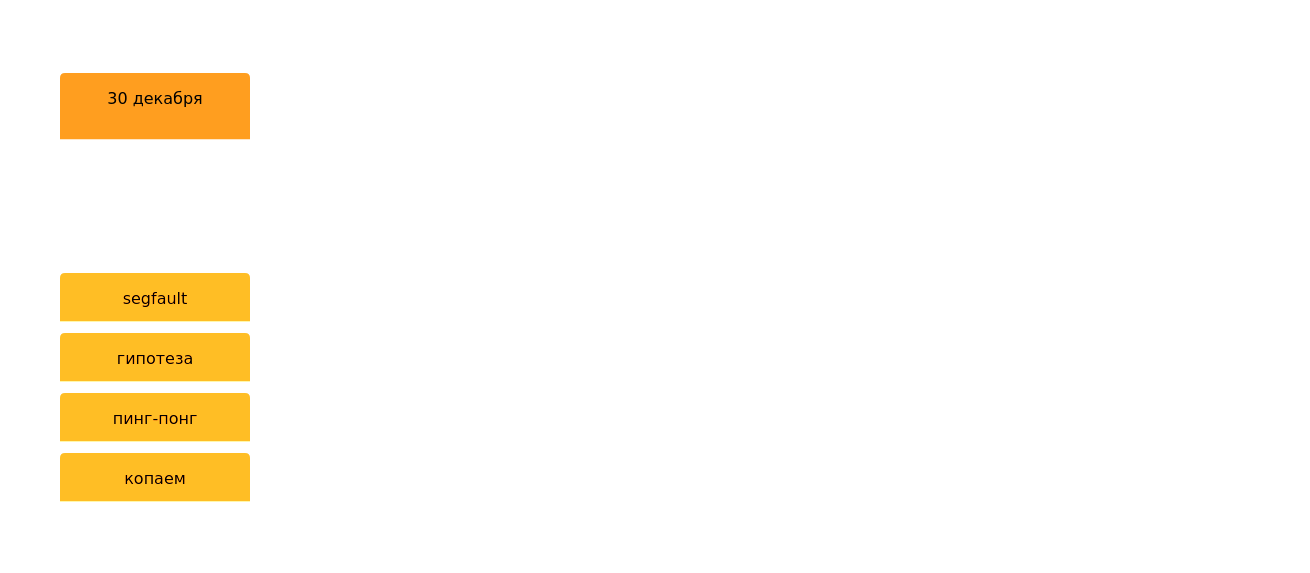
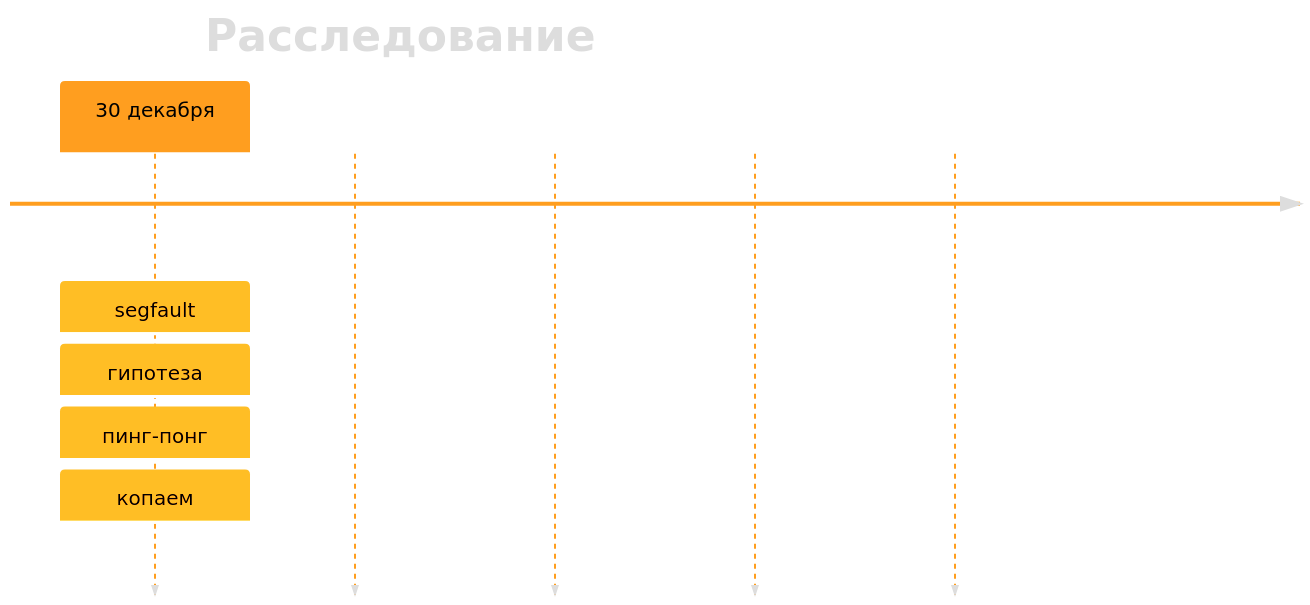
One commit to polarnik/postgresql-system-issue-story changed the diagram in docs/diagrams/timeline-1.mmd. Above: the diagram before and after it, drawn with Mermaid. The commit also changed 35 other files, not shown here.

Commit message:
update diagrams

```diff
--- a/docs/diagrams/timeline-1.mmd
+++ b/docs/diagrams/timeline-1.mmd
@@ -1,85 +1,86 @@
 %%{init: { 'theme': 'base', 'themeVariables': {
     'darkMode': true,
     'background': '#000000',
-    'fontFamily': 'Roboto, sans-serif',
-    'fontSize': '16px',
+    'fontFamily': 'verdana',
+    'fontSize': '20px',
     'primaryColor': '#ff9e1f',
     'primaryTextColor': '#000',
     'primaryBorderColor': '#cc7e19',
     'secondaryColor': '#111111',
     'secondaryTextColor': '#fff',
     'secondaryBorderColor': '#333',
     'tertiaryColor': '#111111',
     'tertiaryTextColor': '#fff',
     'tertiaryBorderColor': '#333',
     'lineColor': '#ff9e1f',
-    'textColor': '#fff',
+    'textColor': '#ddd',
     'mainBkg': '#111111',
     'nodeBorder': '#ff9e1f',
-    'nodeTextColor': '#fff',
+    'nodeTextColor': '#ddd',
     'titleColor': '#ff9e1f',
     'cScale0': '#ff9e1f',
     'cScale1': 'transparent',
     'cScale2': 'transparent',
     'cScale3': 'transparent',
     'cScale4': 'transparent',
     'cScale5': 'transparent',
     'cScale6': 'transparent',
     'cScale7': 'transparent',
     'cScale8': 'transparent',
     'cScale9': 'transparent',
     'cScale10': 'transparent',
     'cScale11': 'transparent',
     'cScaleLabel0': '#000',
     'cScaleLabel1': 'transparent',
     'cScaleLabel2': 'transparent',
     'cScaleLabel3': 'transparent',
     'cScaleLabel4': 'transparent',
     'cScaleLabel5': 'transparent',
     'cScaleLabel6': 'transparent',
     'cScaleLabel7': 'transparent',
     'cScaleLabel8': 'transparent',
     'cScaleLabel9': 'transparent',
     'cScaleLabel10': 'transparent',
-    'cScaleLabel11': 'transparent',
-    'cScalePeer1': '#cc7e19',
+    'cScaleLabel11': '#ff9e1f',
+    'cScaleLabel12': 'transparent',
+    'cScalePeer1': '#ff9e1f',
     'cScalePeer2': 'transparent',
     'cScalePeer3': 'transparent',
     'cScalePeer4': 'transparent',
     'cScalePeer5': 'transparent',
     'cScalePeer6': 'transparent',
     'cScalePeer7': 'transparent',
     'cScalePeer8': 'transparent',
     'cScalePeer9': 'transparent',
     'cScalePeer10': 'transparent',
     'cScalePeer11': 'transparent',
     'cScalePeer12': 'transparent'
 }}}%%
 
 timeline
     title Расследование
     30 декабря
         : segfault
         : гипотеза
         : пинг-понг
         : копаем
     Зацепки
         : нули в dmesg
         : не Postgres
         : нагрузка
         : воскрешение
     Три условия
         : XFS
         : init_on_free
         : pressure
         : лечилка
     Доказательство
         : 30 секунд
         : два теста
         : git bisect
         : коммит
     Root cause
         : race condition
         : фикс 6.9
         : XZ Utils
         : бэкпорта нет
```
